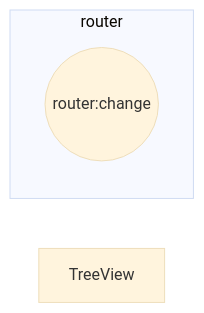
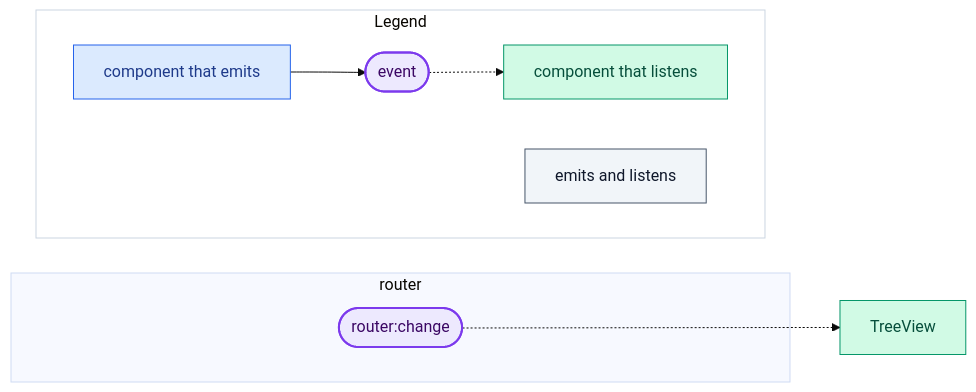
One commit to VKneider/slicejs_docs changed the diagram in docs/events/diagram.mmd. Above: the diagram before and after it, drawn with Mermaid (base theme).

Commit message:
docs(events): regenerate the Mermaid graph with its edges and roles
Emit edges are solid, listen edges dashed, the event is a stadium and the legend explains the colours.

```diff
--- a/docs/events/diagram.mmd
+++ b/docs/events/diagram.mmd
@@ -1,7 +1,20 @@
 %% Generated by `slice docs generate events`. Do not edit by hand.
 
 flowchart LR
   subgraph ns0["router"]
-    e1(("router:change"))
+    e1(["router:change"]):::event
   end
-  c2["TreeView"]
+  c2["TreeView"]:::listener
+  e1 -.-> c2
+  subgraph legend["Legend"]
+    direction LR
+    legEmit["component that emits"]:::emitter --> legEvent(["event"]):::event
+    legEvent -.-> legListen["component that listens"]:::listener
+    legBoth["emits and listens"]:::both
+  end
+  classDef event fill:#ede9fe,stroke:#7c3aed,stroke-width:2px,color:#3b0764
+  classDef emitter fill:#dbeafe,stroke:#2563eb,color:#1e3a8a
+  classDef listener fill:#d1fae5,stroke:#059669,color:#064e3b
+  classDef both fill:#f1f5f9,stroke:#475569,color:#0f172a
+  classDef dynamic fill:#fef3c7,stroke:#d97706,color:#78350f,stroke-dasharray:4 3
+  style legend fill:none,stroke:#cbd5e1
```
